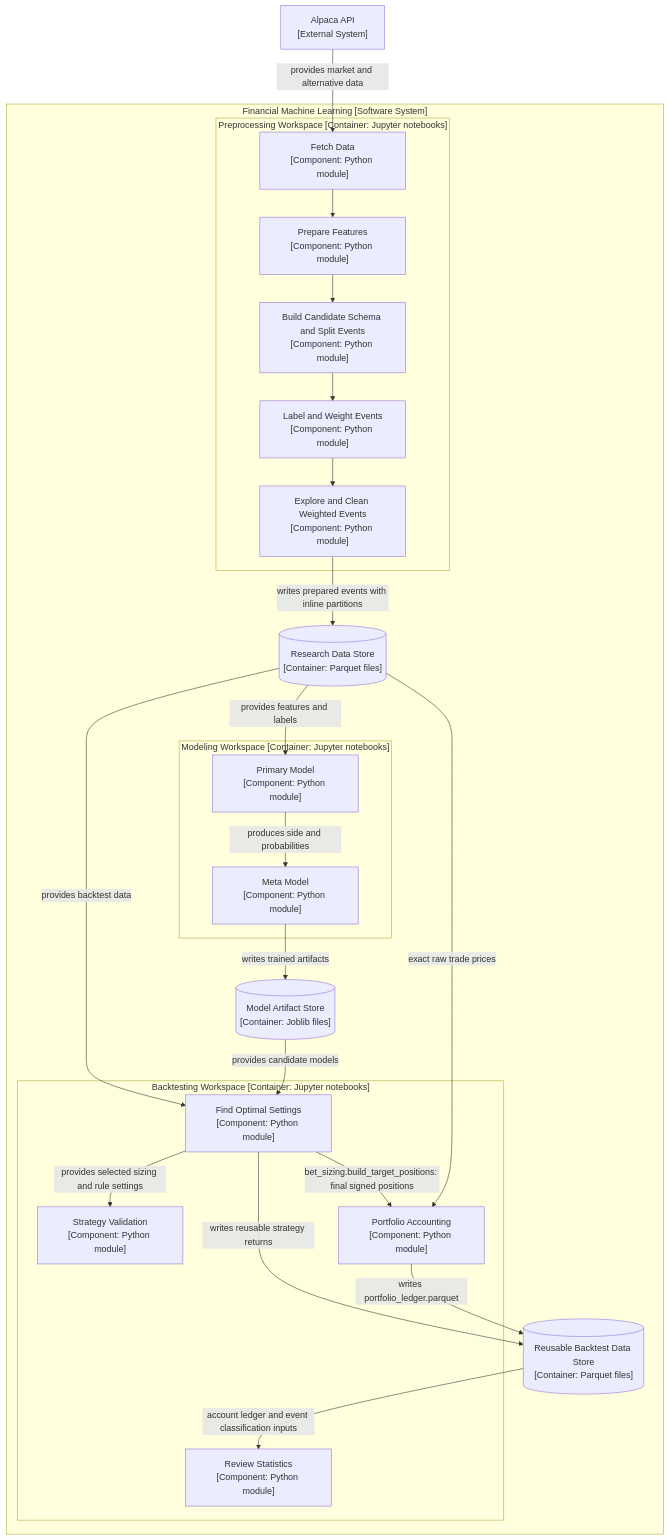
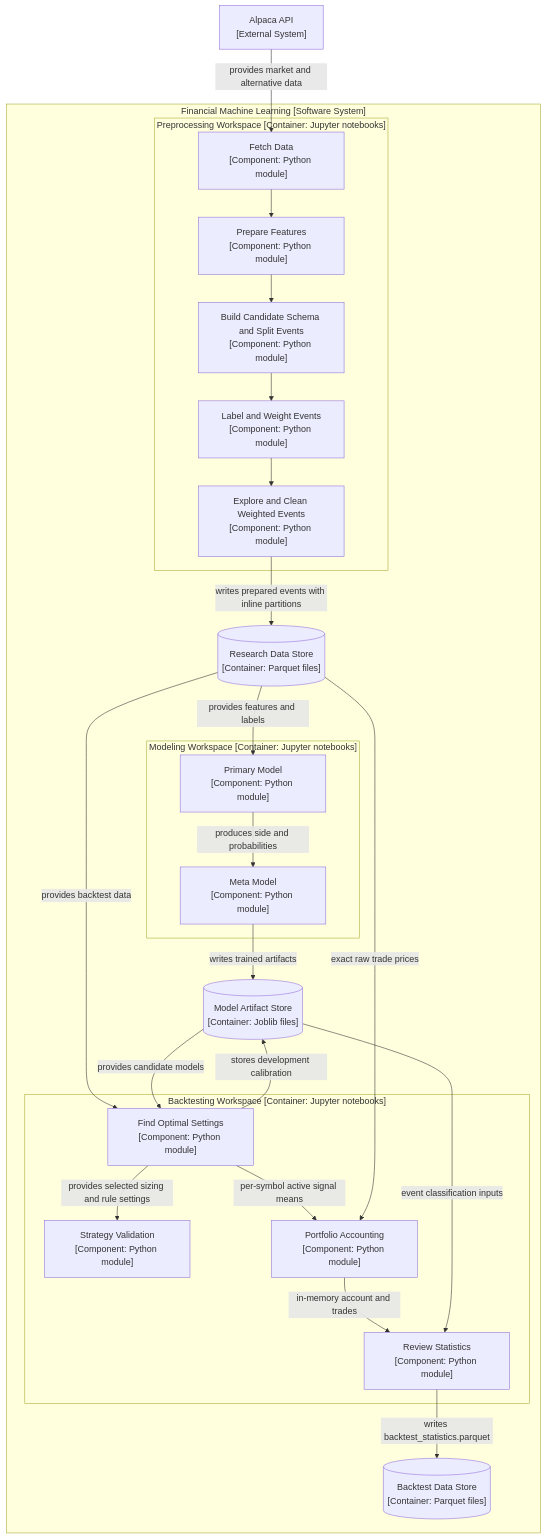
The third of 3 diagrams in docs/architecture.md (kwonjunhyuk9/financial-machine-learning), drawn with Mermaid before and after one commit. The commit also changed other lines of this file and 59 other files, not shown here.

````diff
--- a/docs/architecture.md
+++ b/docs/architecture.md
@@ -67,49 +67,50 @@
 ```mermaid
 flowchart TD
     alpaca["Alpaca API<br/>[External System]"]
 
     subgraph system["Financial Machine Learning [Software System]"]
         data_store[("Research Data Store<br/>[Container: Parquet files]")]
         model_store[("Model Artifact Store<br/>[Container: Joblib files]")]
-        result_store[("Reusable Backtest Data Store<br/>[Container: Parquet files]")]
+        result_store[("Backtest Data Store<br/>[Container: Parquet files]")]
 
         subgraph preprocessing_workspace["Preprocessing Workspace [Container: Jupyter notebooks]"]
             fetch_data["Fetch Data<br/>[Component: Python module]"]
             prepare_data["Prepare Features<br/>[Component: Python module]"]
             split_events["Build Candidate Schema and Split Events<br/>[Component: Python module]"]
             label_events["Label and Weight Events<br/>[Component: Python module]"]
             clean_events["Explore and Clean Weighted Events<br/>[Component: Python module]"]
         end
 
         subgraph modeling_workspace["Modeling Workspace [Container: Jupyter notebooks]"]
             primary_model["Primary Model<br/>[Component: Python module]"]
             meta_model["Meta Model<br/>[Component: Python module]"]
         end
 
         subgraph backtesting_workspace["Backtesting Workspace [Container: Jupyter notebooks]"]
             find_settings["Find Optimal Settings<br/>[Component: Python module]"]
             strategy_validation["Strategy Validation<br/>[Component: Python module]"]
             portfolio["Portfolio Accounting<br/>[Component: Python module]"]
             review_statistics["Review Statistics<br/>[Component: Python module]"]
         end
 
     end
 
     alpaca -->|" provides market and alternative data "| fetch_data
     fetch_data --> prepare_data
     prepare_data --> split_events
     split_events --> label_events
     label_events --> clean_events
     clean_events -->|" writes prepared events with inline partitions "| data_store
     data_store -->|" provides features and labels "| primary_model
     primary_model -->|" produces side and probabilities "| meta_model
     meta_model -->|" writes trained artifacts "| model_store
     data_store -->|" provides backtest data "| find_settings
     model_store -->|" provides candidate models "| find_settings
     find_settings -->|" provides selected sizing and rule settings "| strategy_validation
-    find_settings -->|" writes reusable strategy returns "| result_store
-    find_settings -->|" bet_sizing.build_target_positions: final signed positions "| portfolio
+    find_settings -->|" stores development calibration "| model_store
+    find_settings -->|" per-symbol active signal means "| portfolio
     data_store -->|" exact raw trade prices "| portfolio
-    portfolio -->|" writes portfolio_ledger.parquet "| result_store
-    result_store -->|" account ledger and event classification inputs "| review_statistics
+    portfolio -->|" in-memory account and trades "| review_statistics
+    model_store -->|" event classification inputs "| review_statistics
+    review_statistics -->|" writes backtest_statistics.parquet "| result_store
 ```
````
